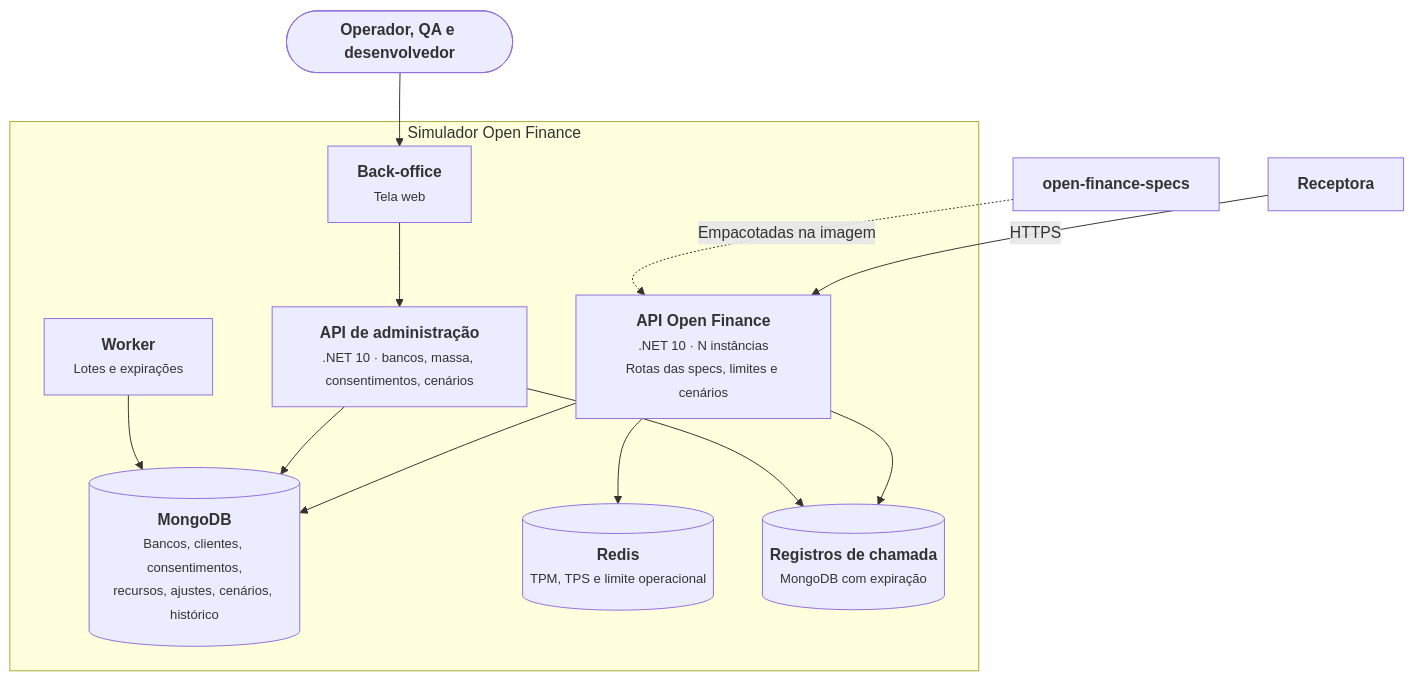
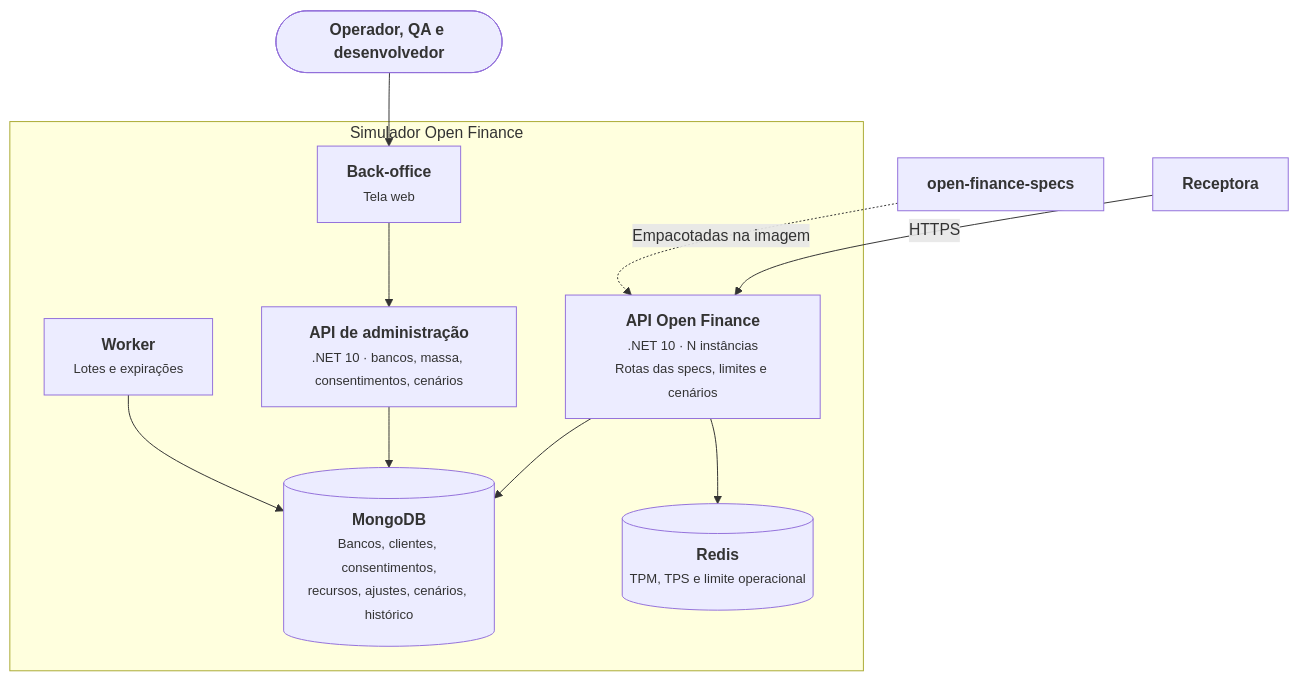
The diagram in docs/02-arquitetura/c4/C2-conteineres.md (marcelosotto/open-finance-simulator), drawn with Mermaid before and after one commit. The commit also changed 14 other files, not shown here.

````diff
--- a/docs/02-arquitetura/c4/C2-conteineres.md
+++ b/docs/02-arquitetura/c4/C2-conteineres.md
@@ -5,26 +5,23 @@
 ```mermaid
 flowchart TB
   rec["<b>Receptora</b>"]
   user(["<b>Operador, QA e desenvolvedor</b>"])
 
   subgraph sim["Simulador Open Finance"]
     api["<b>API Open Finance</b><br/><small>.NET 10 · N instâncias<br/>Rotas das specs, limites e cenários</small>"]
     admin["<b>API de administração</b><br/><small>.NET 10 · bancos, massa, consentimentos, cenários</small>"]
     bo["<b>Back-office</b><br/><small>Tela web</small>"]
     worker["<b>Worker</b><br/><small>Lotes e expirações</small>"]
     mongo[("<b>MongoDB</b><br/><small>Bancos, clientes, consentimentos,<br/>recursos, ajustes, cenários, histórico</small>")]
     redis[("<b>Redis</b><br/><small>TPM, TPS e limite operacional</small>")]
-    reg[("<b>Registros de chamada</b><br/><small>MongoDB com expiração</small>")]
   end
   specs["<b>open-finance-specs</b>"]
 
   rec -->|"HTTPS"| api
   user --> bo --> admin
   api --> mongo
   api --> redis
-  api --> reg
   admin --> mongo
-  admin --> reg
   worker --> mongo
   specs -.->|"Empacotadas na imagem"| api
 ```
````
